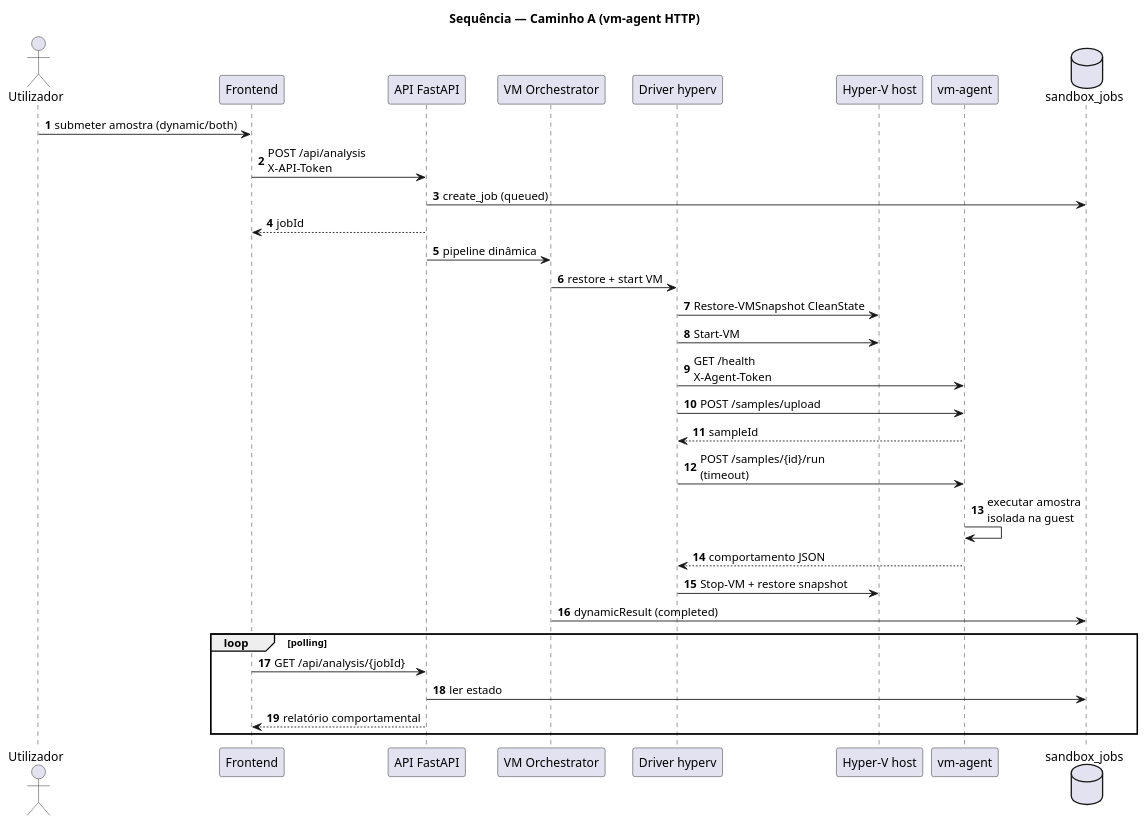
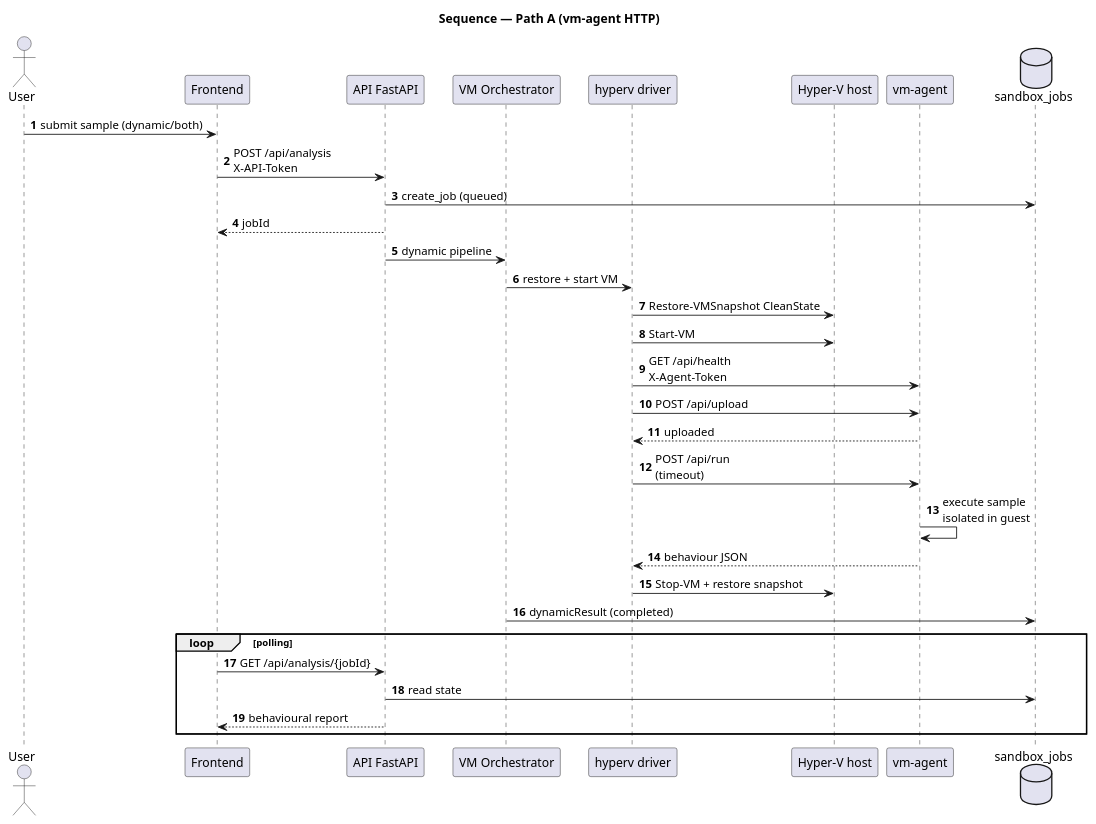
Before and after one commit to tlxp/PROJETO: the diagram in docs/diagrams/sequence-path-a-vmagent.puml, drawn with PlantUML. The commit also changed other lines of this file and 43 other files, not shown here.

```diff
--- a/docs/diagrams/sequence-path-a-vmagent.puml
+++ b/docs/diagrams/sequence-path-a-vmagent.puml
@@ -2,44 +2,44 @@
 @startuml
-title Sequência — Caminho A (vm-agent HTTP)
+title Sequence — Path A (vm-agent HTTP)
 autonumber
 skinparam responseMessageBelowArrow true
 
-actor "Utilizador" as U
+actor "User" as U
 participant "Frontend" as FE
 participant "API FastAPI" as API
 participant "VM Orchestrator" as VMO
-participant "Driver hyperv" as DRV
+participant "hyperv driver" as DRV
 participant "Hyper-V host" as HV
 participant "vm-agent" as AGENT
 database "sandbox_jobs" as DB
 
-U -> FE : submeter amostra (dynamic/both)
+U -> FE : submit sample (dynamic/both)
 FE -> API : POST /api/analysis\nX-API-Token
 API -> DB : create_job (queued)
 API --> FE : jobId
 
-API -> VMO : pipeline dinâmica
-' *Restore snapshot e arranque da VM isolada*
+API -> VMO : dynamic pipeline
+' *Restore snapshot and start isolated VM*
 VMO -> DRV : restore + start VM
 DRV -> HV : Restore-VMSnapshot CleanState
 DRV -> HV : Start-VM
-DRV -> AGENT : GET /health\nX-Agent-Token
+DRV -> AGENT : GET /api/health\nX-Agent-Token
 
-' *Ciclo upload → run → report via HTTP*
-DRV -> AGENT : POST /samples/upload
-AGENT --> DRV : sampleId
+' *Upload → run → report cycle via HTTP*
+DRV -> AGENT : POST /api/upload
+AGENT --> DRV : uploaded
 
-DRV -> AGENT : POST /samples/{id}/run\n(timeout)
-AGENT -> AGENT : executar amostra\nisolada na guest
-AGENT --> DRV : comportamento JSON
+DRV -> AGENT : POST /api/run\n(timeout)
+AGENT -> AGENT : execute sample\nisolated in guest
+AGENT --> DRV : behaviour JSON
 
 DRV -> HV : Stop-VM + restore snapshot
 VMO -> DB : dynamicResult (completed)
 
 loop polling
   FE -> API : GET /api/analysis/{jobId}
-  API -> DB : ler estado
-  API --> FE : relatório comportamental
+  API -> DB : read state
+  API --> FE : behavioural report
 end
 
 @enduml
```
